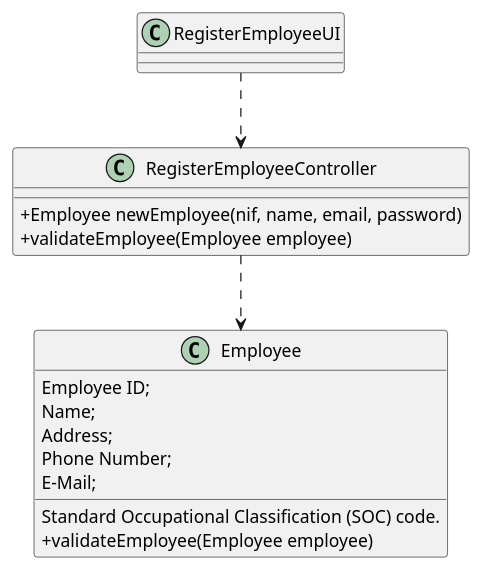
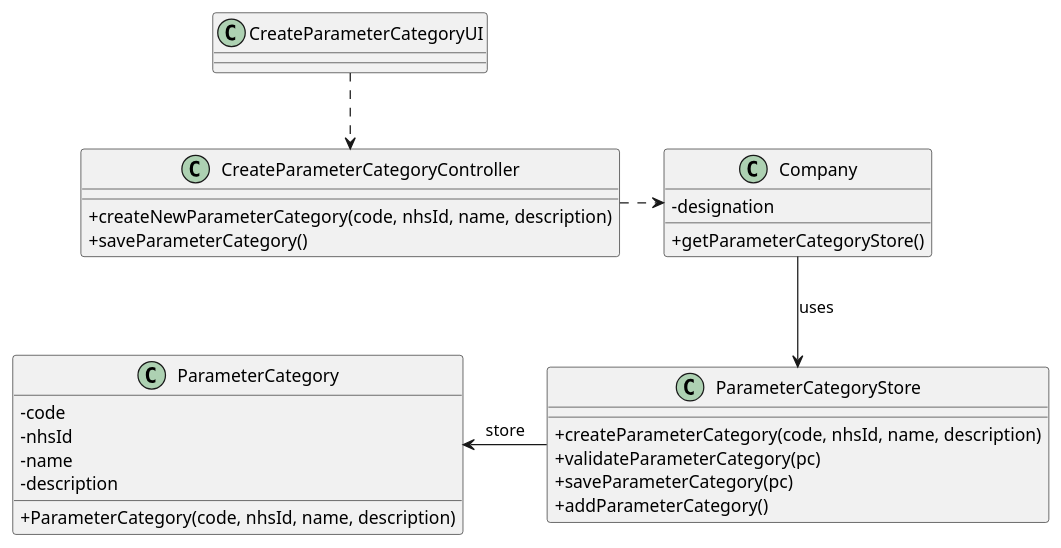
One commit to GuilhermeCunha79/lapr2 changed the diagram in docs/SprintB/US11/UC11_CD.puml. Above: the diagram before and after it, drawn with PlantUML. The commit also changed 3 other files, not shown here.

Commit message:
[US-11] - commit "completes" the User Story 11 document [UC-11] - commit "completes" the Class diagram and Model domain of the UC-11

```diff
--- a/docs/SprintB/US11/UC11_CD.puml
+++ b/docs/SprintB/US11/UC11_CD.puml
@@ -1,27 +1,38 @@
 @startuml
 skinparam classAttributeIconSize 0
 
-class RegisterEmployeeUI
-{
+class CreateParameterCategoryUI{
 }
 
-class RegisterEmployeeController
+class CreateParameterCategoryController
 {
-    +Employee newEmployee(nif, name, email, password)
-    +validateEmployee(Employee employee)
+    +createNewParameterCategory(code, nhsId, name, description)
+    +saveParameterCategory()
 }
 
-class Employee
-{
-	Employee ID;
-	Name;
-	Address;
-	Phone Number;
-	E-Mail;
-	Standard Occupational Classification (SOC) code.
-    +validateEmployee(Employee employee)
+class ParameterCategory{
+    -code
+    -nhsId
+    -name
+    -description
+    +ParameterCategory(code, nhsId, name, description)
 }
 
-RegisterEmployeeUI ..> RegisterEmployeeController
-RegisterEmployeeController ..> Employee
+class Company{
+	-designation
+	+getParameterCategoryStore()
+}
+
+class ParameterCategoryStore{
+    +createParameterCategory(code, nhsId, name, description)
+    +validateParameterCategory(pc)
+    +saveParameterCategory(pc)
+    +addParameterCategory()
+}
+
+CreateParameterCategoryUI ..> CreateParameterCategoryController
+CreateParameterCategoryController .right.> Company
+Company --> ParameterCategoryStore : uses
+ParameterCategoryStore -left-> ParameterCategory : store
+
 @enduml
```
